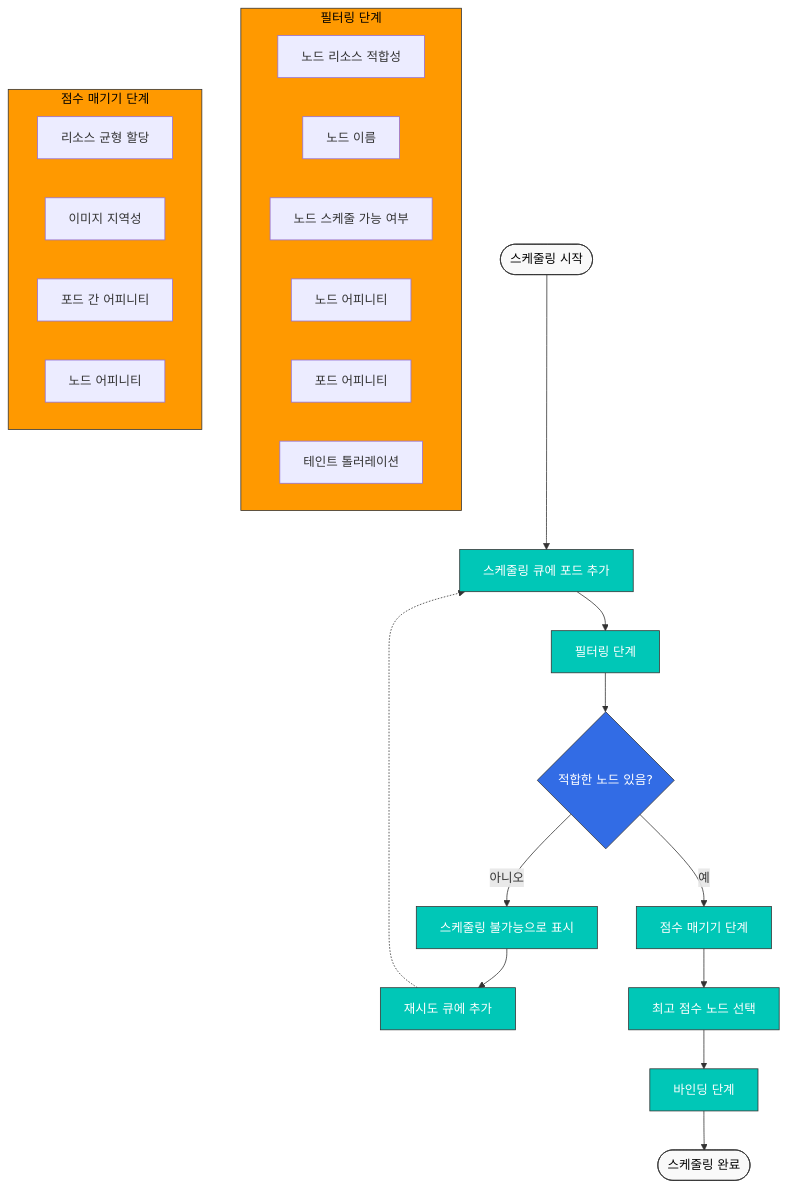
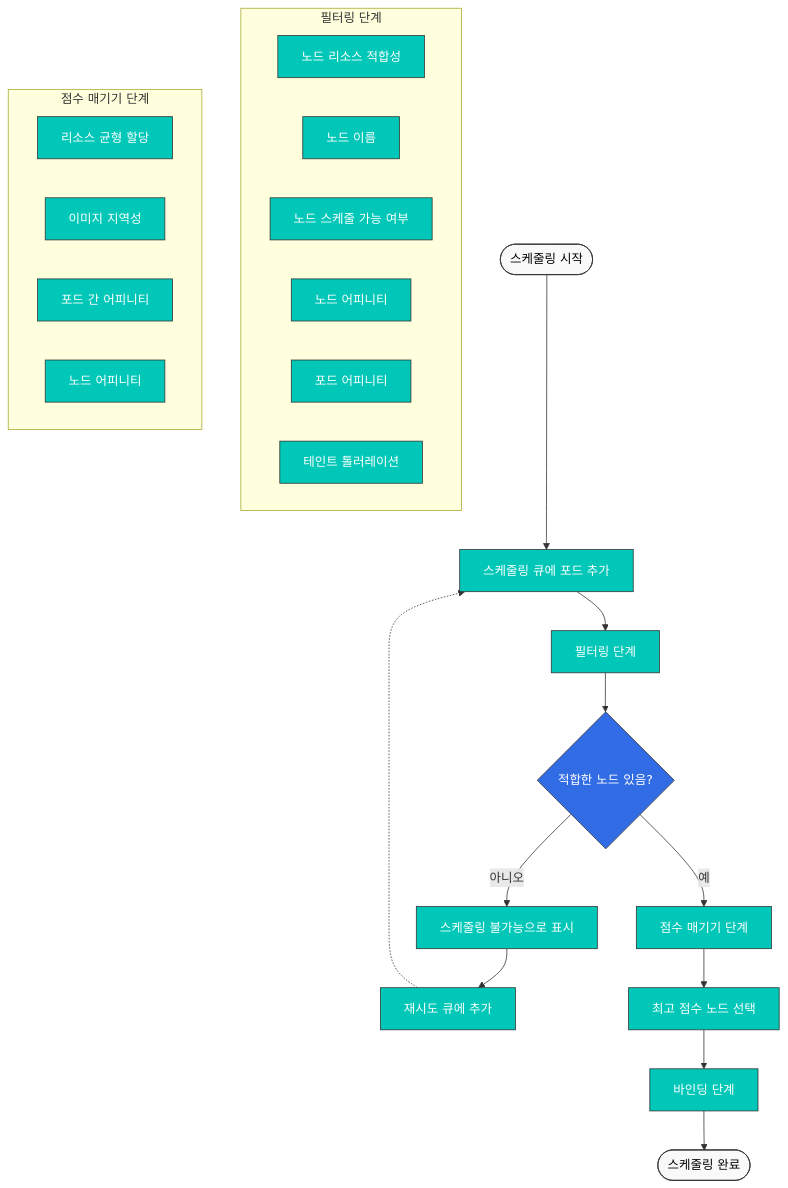
The first of 3 diagrams in advanced/02-custom-scheduler-part1.md (Atom-oh/kubernetes-docs), drawn with Mermaid before and after one commit. The commit also changed other lines of this file and 2 other files, not shown here.

Commit message:
Fix mermaid diagrams by removing style applications from subgraphs

````diff
--- a/advanced/02-custom-scheduler-part1.md
+++ b/advanced/02-custom-scheduler-part1.md
@@ -11,40 +11,40 @@
 ```mermaid
 flowchart TD
     Start([스케줄링 시작]) --> PodQueue[스케줄링 큐에 포드 추가]
     PodQueue --> Filtering[필터링 단계]
     Filtering --> FeasibleNodes{적합한 노드 있음?}
     FeasibleNodes -->|아니오| UnschedulablePod[스케줄링 불가능으로 표시]
     UnschedulablePod --> Retry[재시도 큐에 추가]
     Retry -.-> PodQueue
     
     FeasibleNodes -->|예| Scoring[점수 매기기 단계]
     Scoring --> SelectBestNode[최고 점수 노드 선택]
     SelectBestNode --> Binding[바인딩 단계]
     Binding --> End([스케줄링 완료])
     
     subgraph FilteringPhase[필터링 단계]
         NodeResourcesFit[노드 리소스 적합성]
         NodeName[노드 이름]
         NodeUnschedulable[노드 스케줄 가능 여부]
         NodeAffinity[노드 어피니티]
         PodAffinity[포드 어피니티]
         TaintToleration[테인트 톨러레이션]
     end
     
     subgraph ScoringPhase[점수 매기기 단계]
         NodeResourcesBalancedAllocation[리소스 균형 할당]
         ImageLocality[이미지 지역성]
         InterPodAffinity[포드 간 어피니티]
         NodeAffinity2[노드 어피니티]
     end
     
     classDef start fill:#f9f9f9,stroke:#333,stroke-width:1px,color:black;
     classDef process fill:#00C7B7,stroke:#333,stroke-width:1px,color:white;
     classDef decision fill:#326CE5,stroke:#333,stroke-width:1px,color:white;
-    classDef phase fill:#FF9900,stroke:#333,stroke-width:1px,color:black;
     
     class Start,End start;
     class PodQueue,Filtering,Scoring,SelectBestNode,Binding,UnschedulablePod,Retry process;
     class FeasibleNodes decision;
-    class FilteringPhase,ScoringPhase phase;
+    class NodeResourcesFit,NodeName,NodeUnschedulable,NodeAffinity,PodAffinity,TaintToleration process;
+    class NodeResourcesBalancedAllocation,ImageLocality,InterPodAffinity,NodeAffinity2 process;
 ```
````
